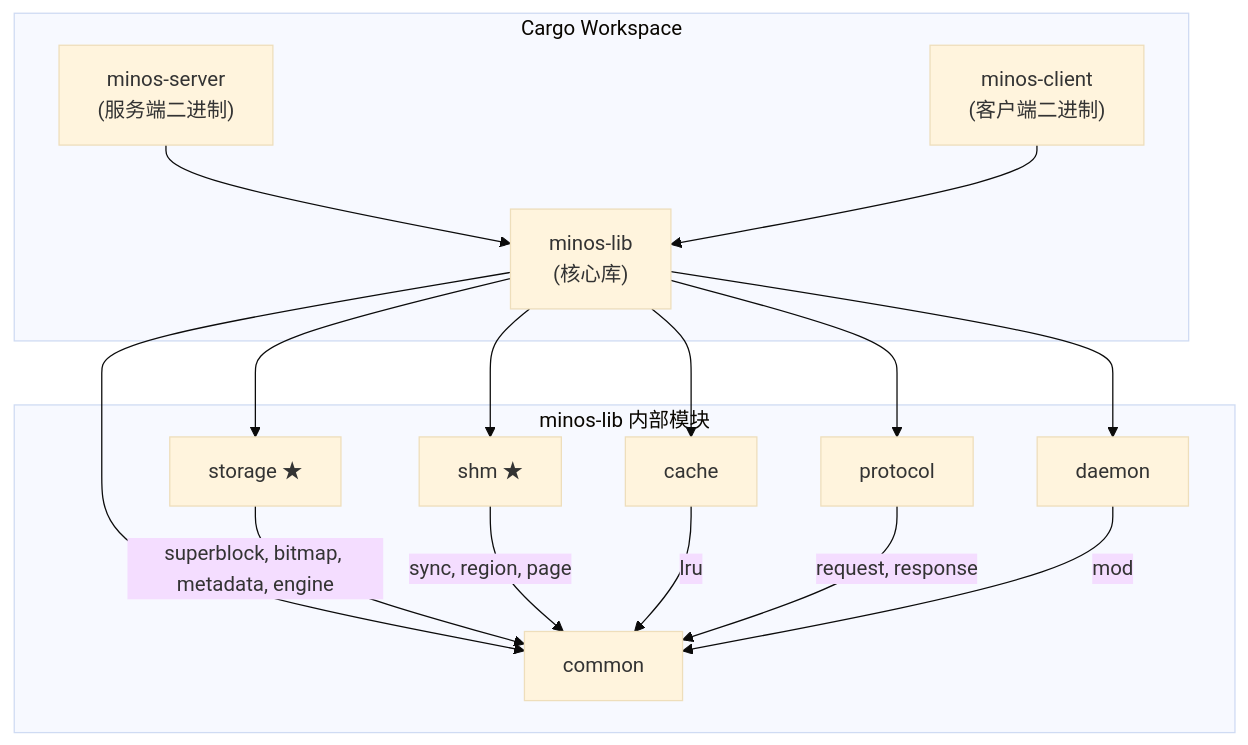
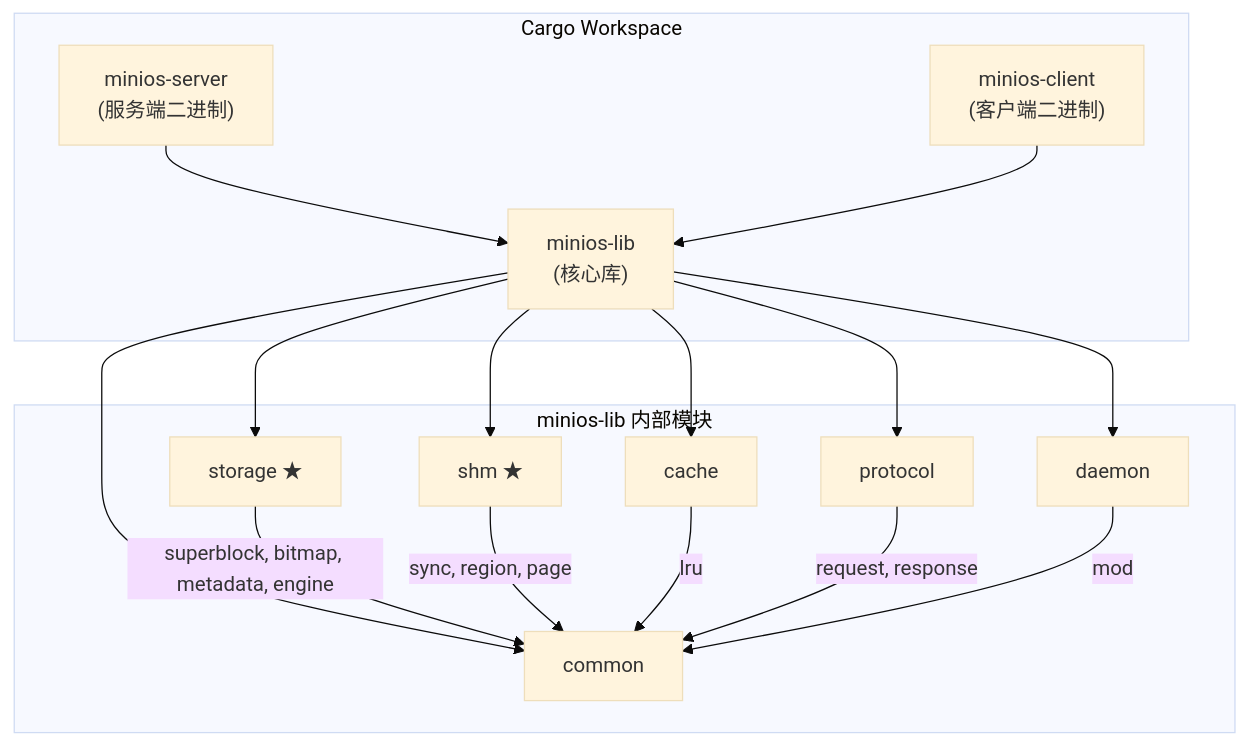
Diagram 15 of 16 in design.md (Faye-bit/MiniOS_CUG_SE_OS), drawn with Mermaid (base theme) before and after one commit. The commit also changed other lines of this file and 31 other files, not shown here.

First line of the commit message:
fix: 修复 STOP 命令触发段错误 — 函数指针误写 + 项目重命名 minos→minios

````diff
--- a/design.md
+++ b/design.md
@@ -488,33 +488,33 @@
 ```mermaid
 graph TD
     subgraph "Cargo Workspace"
-        LIB["minos-lib<br/>(核心库)"]
-        SERVER_BIN["minos-server<br/>(服务端二进制)"]
-        CLIENT_BIN["minos-client<br/>(客户端二进制)"]
+        LIB["minios-lib<br/>(核心库)"]
+        SERVER_BIN["minios-server<br/>(服务端二进制)"]
+        CLIENT_BIN["minios-client<br/>(客户端二进制)"]
     end
 
     SERVER_BIN --> LIB
     CLIENT_BIN --> LIB
 
-    subgraph "minos-lib 内部模块"
+    subgraph "minios-lib 内部模块"
         COMMON_LIB["common"]
         STORAGE_LIB["storage ★"]
         SHM_LIB["shm ★"]
         CACHE_LIB["cache"]
         PROTO_LIB["protocol"]
         DAEMON_LIB["daemon"]
     end
 
     LIB --> COMMON_LIB
     LIB --> STORAGE_LIB
     LIB --> SHM_LIB
     LIB --> CACHE_LIB
     LIB --> PROTO_LIB
     LIB --> DAEMON_LIB
 
     STORAGE_LIB -->|"superblock, bitmap, metadata, engine"| COMMON_LIB
     SHM_LIB -->|"sync, region, page"| COMMON_LIB
     CACHE_LIB -->|"lru"| COMMON_LIB
     PROTO_LIB -->|"request, response"| COMMON_LIB
     DAEMON_LIB -->|"mod"| COMMON_LIB
 ```
````
